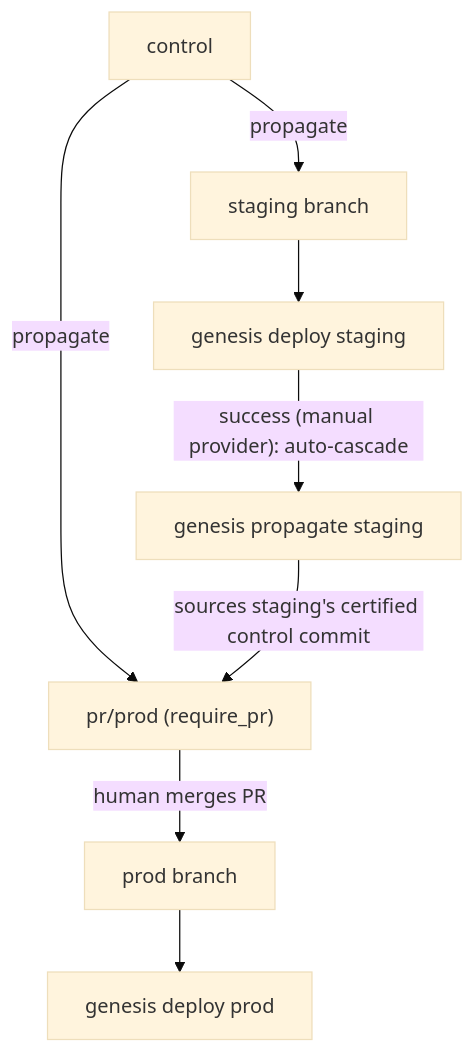
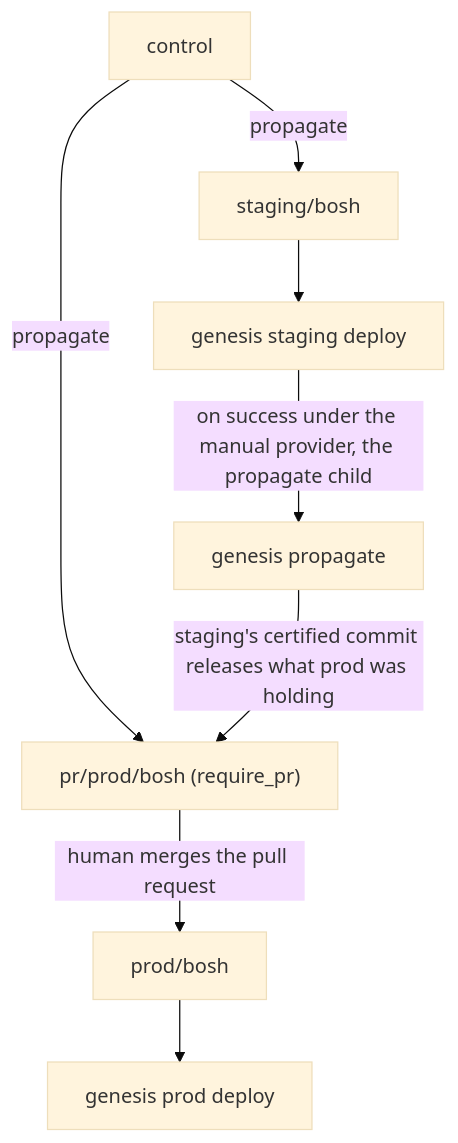
One commit to RubidiumStudios/genesis changed the second of 2 diagrams in workplans/Branch-based-Workflow-Architecture.md. Above: the diagram before and after it, drawn with Mermaid (base theme). The commit also changed other lines of this file and 1 other file, not shown here.

First line of the commit message:
Correct the workplan to what was built

````diff
--- a/workplans/Branch-based-Workflow-Architecture.md
+++ b/workplans/Branch-based-Workflow-Architecture.md
@@ -489,10 +467,10 @@
 ```mermaid
 flowchart TD
-    C[control] -->|propagate| S["staging branch"]
-    C -->|propagate| PR["pr/prod (require_pr)"]
-    PR -->|human merges PR| P["prod branch"]
-    S --> SD["genesis deploy staging"]
-    SD -->|"success (manual provider): auto-cascade"| CAS["genesis propagate staging"]
-    CAS -->|"sources staging's certified control commit"| PR
-    P --> PD["genesis deploy prod"]
+    C[control] -->|propagate| S["staging/bosh"]
+    C -->|propagate| PR["pr/prod/bosh (require_pr)"]
+    PR -->|human merges the pull request| P["prod/bosh"]
+    S --> SD["genesis staging deploy"]
+    SD -->|"on success under the manual provider, the propagate child"| CAS["genesis propagate"]
+    CAS -->|"staging's certified commit releases what prod was holding"| PR
+    P --> PD["genesis prod deploy"]
 ```
````
